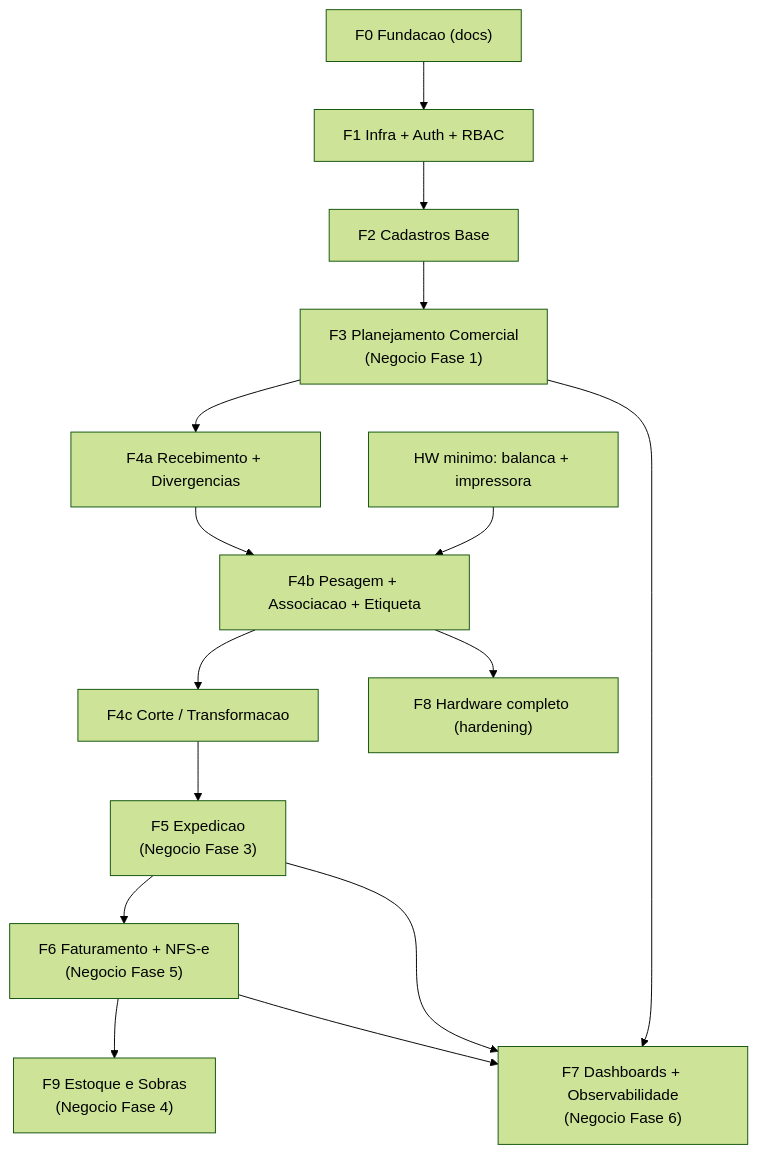
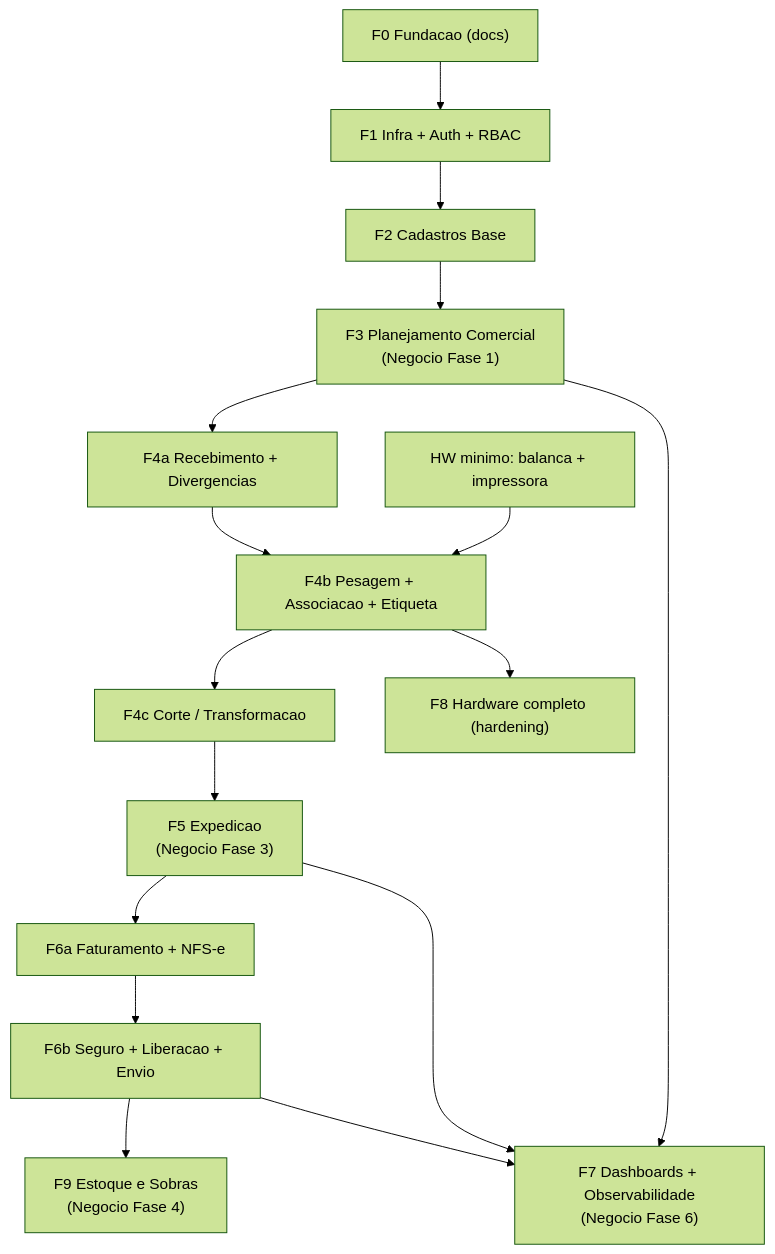
Before and after one commit to sammuka/alpha-carnes: the diagram in docs/governance/roadmap-canonico.md, drawn with Mermaid (forest theme). The commit also changed other lines of this file and 1 other file, not shown here.

Commit message:
docs(governance): subdivide F6 em F6a (Faturamento+NFS-e) e F6b (Seguro+Liberação+Envio) com DoD testável e princípio de gateway externo isolado+fake

````diff
--- a/docs/governance/roadmap-canonico.md
+++ b/docs/governance/roadmap-canonico.md
@@ -77,17 +89,18 @@
 ```mermaid
 flowchart TD
     F0["F0 Fundacao (docs)"] --> F1["F1 Infra + Auth + RBAC"]
     F1 --> F2["F2 Cadastros Base"]
     F2 --> F3["F3 Planejamento Comercial<br/>(Negocio Fase 1)"]
     F3 --> F4a["F4a Recebimento + Divergencias"]
     F4a --> F4b["F4b Pesagem + Associacao + Etiqueta"]
     HWmin["HW minimo: balanca + impressora"] --> F4b
     F4b --> F4c["F4c Corte / Transformacao"]
     F4c --> F5["F5 Expedicao<br/>(Negocio Fase 3)"]
-    F5 --> F6["F6 Faturamento + NFS-e<br/>(Negocio Fase 5)"]
-    F6 --> F9["F9 Estoque e Sobras<br/>(Negocio Fase 4)"]
+    F5 --> F6a["F6a Faturamento + NFS-e"]
+    F6a --> F6b["F6b Seguro + Liberacao + Envio"]
+    F6b --> F9["F9 Estoque e Sobras<br/>(Negocio Fase 4)"]
     F3 --> F7["F7 Dashboards + Observabilidade<br/>(Negocio Fase 6)"]
     F4b --> F8["F8 Hardware completo (hardening)"]
     F5 --> F7
-    F6 --> F7
+    F6b --> F7
 ```
````
